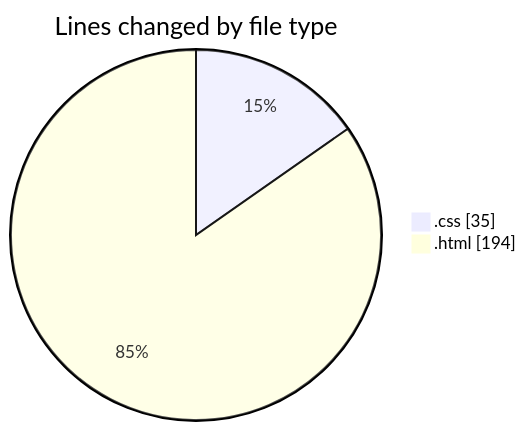
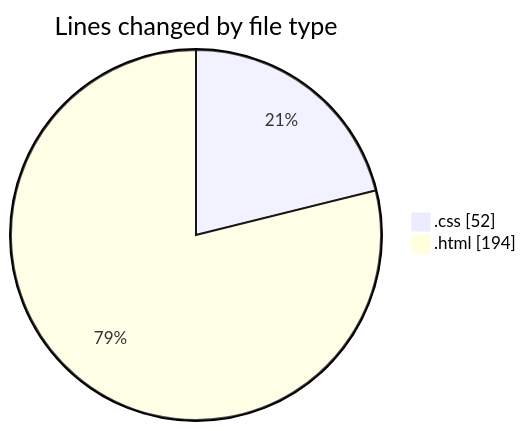
The first of 2 diagrams in 2025-02-04/recipe-page-main/README.md (NitaiMahat/code-tracking), drawn with Mermaid before and after one commit. The commit also changed other lines of this file and 1 other file, not shown here.

````diff
--- a/2025-02-04/recipe-page-main/README.md
+++ b/2025-02-04/recipe-page-main/README.md
@@ -21,6 +21,6 @@
 ```mermaid
 pie showData
 title Lines changed by file type
-".css" : 35
+".css" : 52
 ".html" : 194
 ```
````
